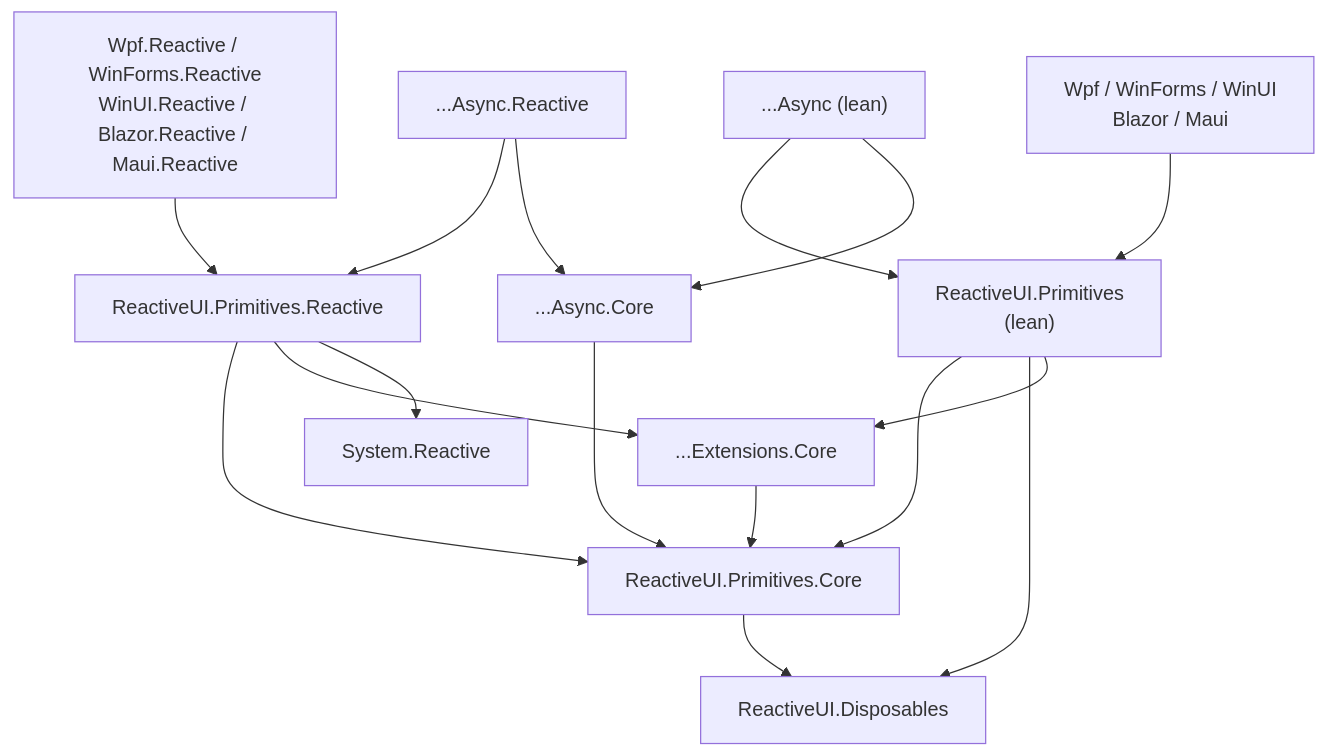
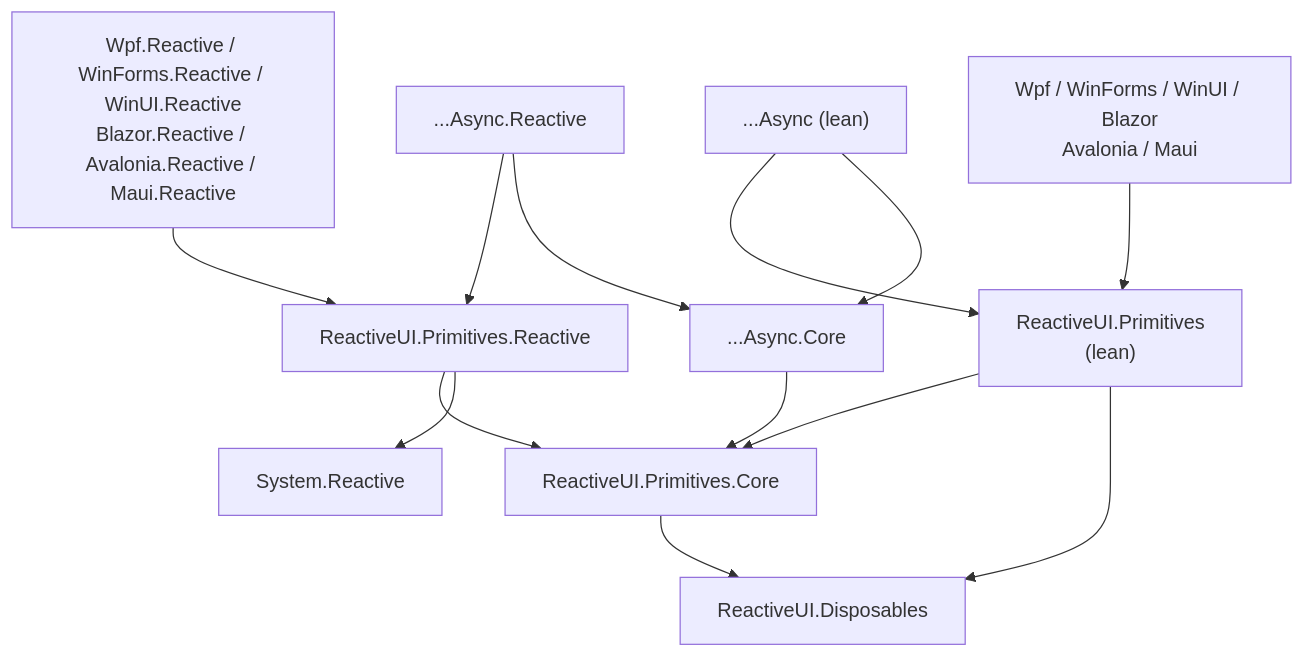
One commit to reactiveui/Primitives changed the diagram in README.md. Above: the diagram before and after it, drawn with Mermaid. The commit also changed other lines of this file and 32 other files, not shown here.

````diff
--- a/README.md
+++ b/README.md
@@ -224,30 +231,26 @@
 ```mermaid
 graph TD
     SR["System.Reactive"]
     Disp["ReactiveUI.Disposables"]
     Core["ReactiveUI.Primitives.Core"]
     Prim["ReactiveUI.Primitives<br/>(lean)"]
     Rx["ReactiveUI.Primitives.Reactive"]
     AsyncCore["...Async.Core"]
     Async["...Async (lean)"]
     AsyncRx["...Async.Reactive"]
-    ExtCore["...Extensions.Core"]
-    Plat["Wpf / WinForms / WinUI<br/>Blazor / Maui"]
-    PlatRx["Wpf.Reactive / WinForms.Reactive<br/>WinUI.Reactive / Blazor.Reactive / Maui.Reactive"]
+    Plat["Wpf / WinForms / WinUI / Blazor<br/>Avalonia / Maui"]
+    PlatRx["Wpf.Reactive / WinForms.Reactive / WinUI.Reactive<br/>Blazor.Reactive / Avalonia.Reactive / Maui.Reactive"]
 
     Core --> Disp
     Prim --> Core
     Prim --> Disp
-    Prim --> ExtCore
     Rx --> Core
-    Rx --> ExtCore
     Rx --> SR
     AsyncCore --> Core
     Async --> Prim
     Async --> AsyncCore
     AsyncRx --> Rx
     AsyncRx --> AsyncCore
-    ExtCore --> Core
     Plat --> Prim
     PlatRx --> Rx
 ```
````
